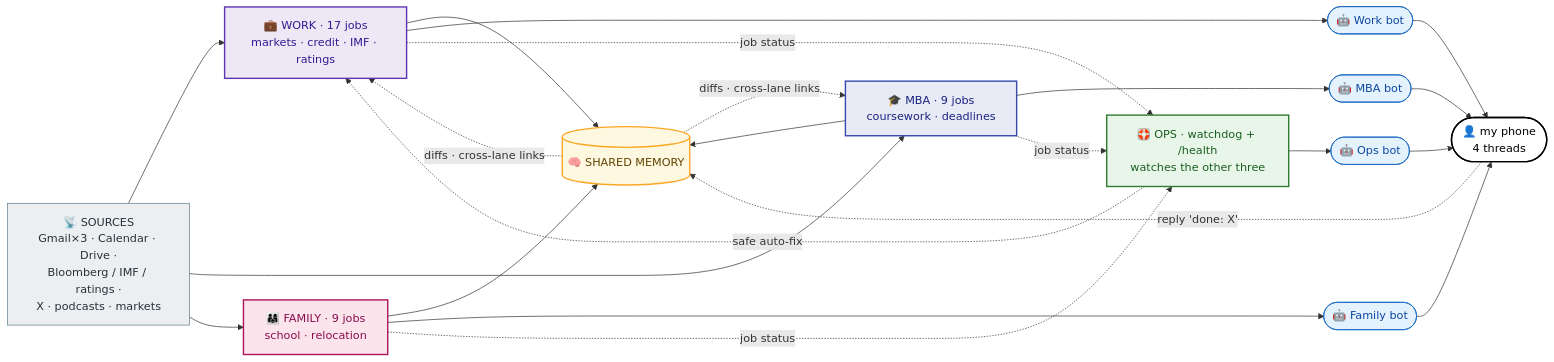
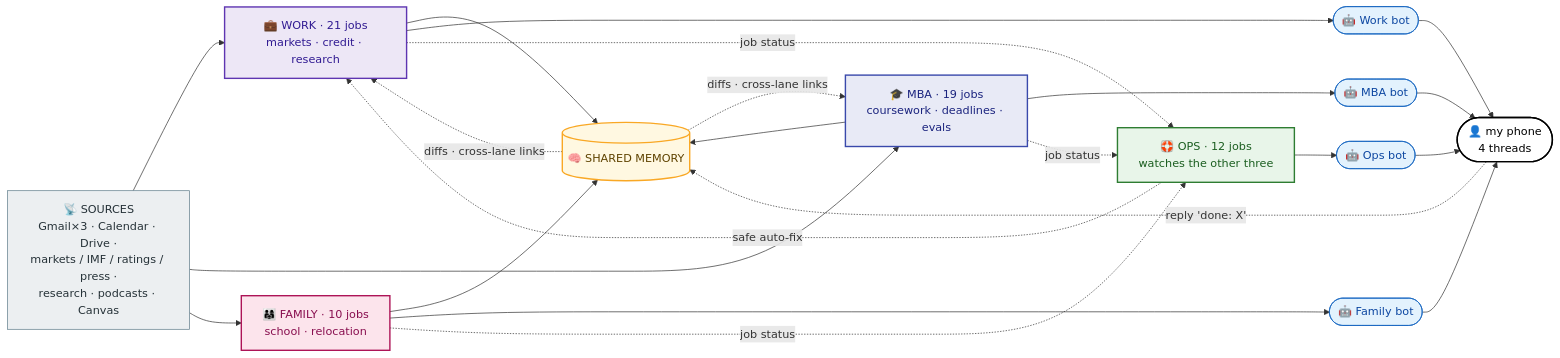
The first of 6 diagrams in docs/08-the-fleet-map.md (nickmuchi87/hermes-agents-showcase), drawn with Mermaid before and after one commit. The commit also changed other lines of this file and 8 other files, not shown here.

````diff
--- a/docs/08-the-fleet-map.md
+++ b/docs/08-the-fleet-map.md
@@ -27,35 +27,35 @@
 ```mermaid
 flowchart LR
-    SRC["📡 SOURCES<br/>Gmail×3 · Calendar · Drive ·<br/>Bloomberg / IMF / ratings ·<br/>X · podcasts · markets"]:::src
-    WORK["💼 WORK · 17 jobs<br/>markets · credit · IMF · ratings"]:::work
-    MBA["🎓 MBA · 9 jobs<br/>coursework · deadlines"]:::mba
-    FAM["👨‍👩‍👧 FAMILY · 9 jobs<br/>school · relocation"]:::fam
-    OPS["🛟 OPS · watchdog + /health<br/>watches the other three"]:::ping
+    SRC["📡 SOURCES<br/>Gmail×3 · Calendar · Drive ·<br/>markets / IMF / ratings / press ·<br/>research · podcasts · Canvas"]:::src
+    WORK["💼 WORK · 21 jobs<br/>markets · credit · research"]:::work
+    MBA["🎓 MBA · 19 jobs<br/>coursework · deadlines · evals"]:::mba
+    FAM["👨‍👩‍👧 FAMILY · 10 jobs<br/>school · relocation"]:::fam
+    OPS["🛟 OPS · 12 jobs<br/>watches the other three"]:::ping
     MEM[("🧠 SHARED MEMORY")]:::mem
     BW(["🤖 Work bot"]):::bot
     BM(["🤖 MBA bot"]):::bot
     BF(["🤖 Family bot"]):::bot
     BO(["🤖 Ops bot"]):::bot
     ME(["👤 my phone<br/>4 threads"]):::me
 
     SRC --> WORK & MBA & FAM
     WORK & MBA & FAM --> MEM
     MEM -. "diffs · cross-lane links" .-> WORK & MBA
     WORK --> BW
     MBA --> BM
     FAM --> BF
     WORK & MBA & FAM -. "job status" .-> OPS
     OPS -. "safe auto-fix" .-> WORK
     OPS --> BO
     BW & BM & BF & BO --> ME
     ME -. "reply 'done: X'" .-> MEM
 
     classDef src fill:#eceff1,stroke:#607d8b,color:#263238;
     classDef work fill:#ede7f6,stroke:#5e35b1,color:#311b92,stroke-width:2px;
     classDef mba fill:#e8eaf6,stroke:#3949ab,color:#1a237e,stroke-width:2px;
     classDef fam fill:#fce4ec,stroke:#ad1457,color:#880e4f,stroke-width:2px;
     classDef ping fill:#e8f5e9,stroke:#2e7d32,color:#1b5e20,stroke-width:2px;
     classDef mem fill:#fff8e1,stroke:#f9a825,color:#5f4300,stroke-width:2px;
     classDef bot fill:#e3f2fd,stroke:#1565c0,color:#0d47a1;
     classDef me fill:#fff,stroke:#000,color:#000,stroke-width:2px;
 ```
````
